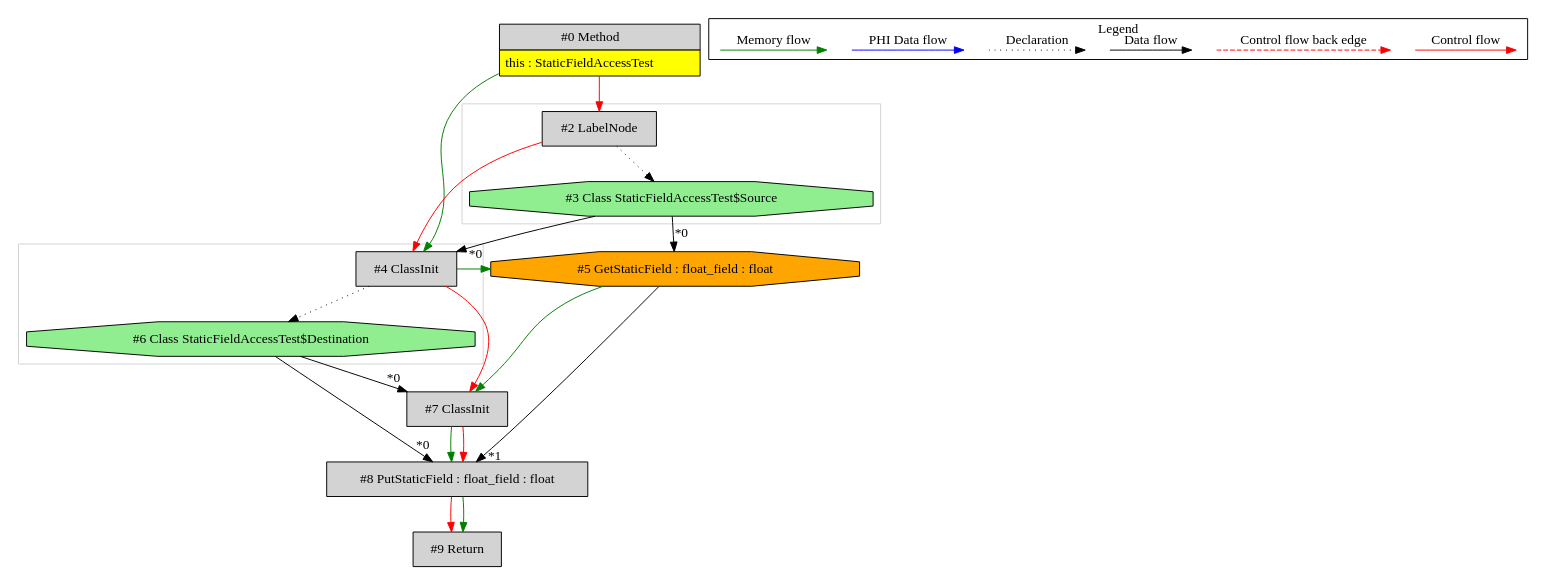
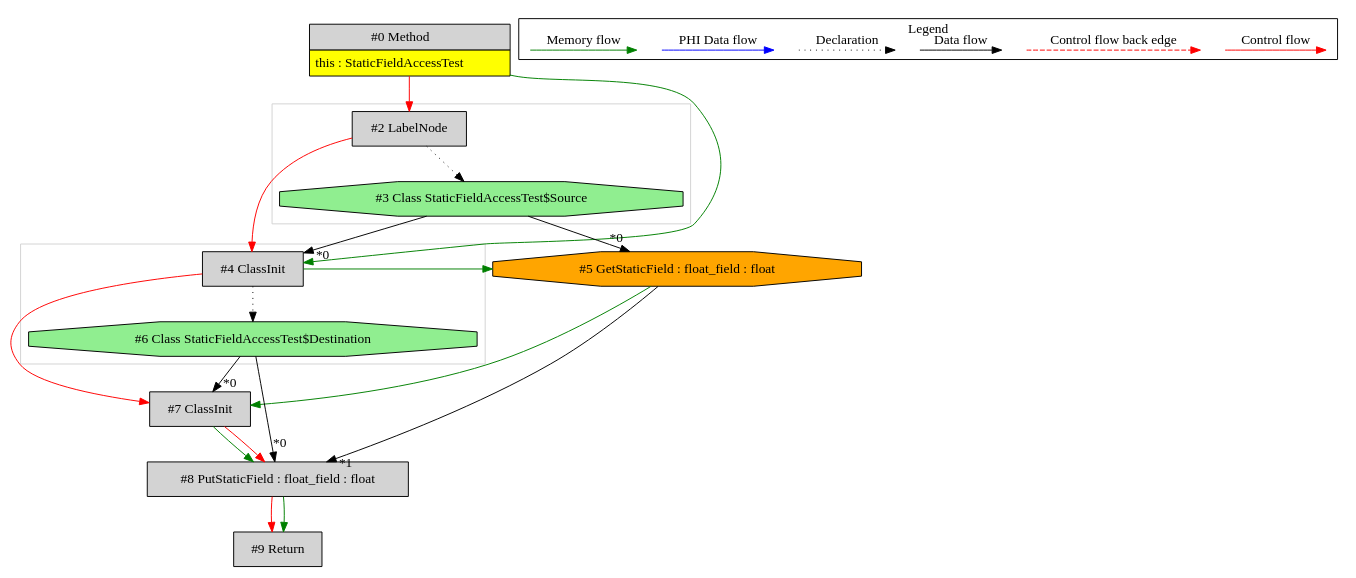
Before and after one commit to mirkosertic/MetaIR: the diagram in de.mirkosertic.metair.ir.examples.StaticFieldAccessTest/copy_float/ir.dot, drawn with Graphviz. The commit also changed other lines of this file and 510 other files, not shown here.

```diff
--- a/de.mirkosertic.metair.ir.examples.StaticFieldAccessTest/copy_float/ir.dot
+++ b/de.mirkosertic.metair.ir.examples.StaticFieldAccessTest/copy_float/ir.dot
@@ -1,65 +1,65 @@
 digraph {
  ordering="in";
  node0[margin="0", label=<<table border="0" cellborder="1" cellspacing="0" cellpadding="5"><tr><td colspan="1">#0 Method</td></tr><tr><td port="prj1" bgcolor="yellow">this : StaticFieldAccessTest</td></tr></table>>,shape=none, fillcolor=lightgrey, style=filled];
- node4[label="#4 ClassInit",shape=box, fillcolor=lightgrey, style=filled];
- node3 -> node4[headlabel="*0", labeldistance=2];
- node0 -> node4[labeldistance=2, color=green, constraint=false];
- node2 -> node4[labeldistance=2, color=red, fontcolor=red];
  node2[label="#2 LabelNode",shape=box, fillcolor=lightgrey, style=filled];
  node0 -> node2[labeldistance=2, color=red, fontcolor=red];
  node3[label="#3 Class StaticFieldAccessTest$Source",shape=octagon, fillcolor=lightgreen, style=filled];
  node2 -> node3[style=dotted];
  node5[label="#5 GetStaticField : float_field : float",shape=octagon, fillcolor=orange, style=filled];
  node3 -> node5[headlabel="*0", labeldistance=2];
  node4 -> node5[labeldistance=2, color=green, constraint=false];
- node7[label="#7 ClassInit",shape=box, fillcolor=lightgrey, style=filled];
- node6 -> node7[headlabel="*0", labeldistance=2];
- node5 -> node7[labeldistance=2, color=green, constraint=false];
- node4 -> node7[labeldistance=2, color=red, fontcolor=red];
+ node4[label="#4 ClassInit",shape=box, fillcolor=lightgrey, style=filled];
+ node3 -> node4[headlabel="*0", labeldistance=2];
+ node0 -> node4[labeldistance=2, color=green, constraint=false];
+ node2 -> node4[labeldistance=2, color=red, fontcolor=red];
  node6[label="#6 Class StaticFieldAccessTest$Destination",shape=octagon, fillcolor=lightgreen, style=filled];
  node4 -> node6[style=dotted];
  node8[label="#8 PutStaticField : float_field : float",shape=box, fillcolor=lightgrey, style=filled];
  node6 -> node8[headlabel="*0", labeldistance=2];
  node5 -> node8[headlabel="*1", labeldistance=2];
  node7 -> node8[labeldistance=2, color=green, constraint=false];
  node7 -> node8[labeldistance=2, color=red, fontcolor=red];
+ node7[label="#7 ClassInit",shape=box, fillcolor=lightgrey, style=filled];
+ node6 -> node7[headlabel="*0", labeldistance=2];
+ node5 -> node7[labeldistance=2, color=green, constraint=false];
+ node4 -> node7[labeldistance=2, color=red, fontcolor=red];
  node9[label="#9 Return",shape=box, fillcolor=lightgrey, style=filled];
  node8 -> node9[labeldistance=2, color=red, fontcolor=red];
  node8 -> node9[labeldistance=2, color=green, constraint=false];
  subgraph cluster_0 {
   color=lightgray;
-  node2;
-  node3;
+  node4;
+  node6;
  }
  subgraph cluster_1 {
   color=lightgray;
-  node4;
-  node6;
+  node2;
+  node3;
  }
  subgraph cluster_000 {
   label = "Legend";
   node [shape=point]
   {
    rank=same;
    c0 [style = invis];
    c1 [style = invis];
    c2 [style = invis];
    c3 [style = invis];
    d0 [style = invis];
    d1 [style = invis];
    d2 [style = invis];
    d3 [style = invis];
    d4 [style = invis];
    d5 [style = invis];
    d6 [style = invis];
    d7 [style = invis];
   }
   c0 -> c1 [label="Control flow", style=solid, color=red]
   c2 -> c3 [label="Control flow back edge", style=dashed, color=red]
   d0 -> d1 [label="Data flow"]
   d2 -> d3 [label="Declaration", style=dotted]
   d4 -> d5 [label="PHI Data flow", color=blue]
   d6 -> d7 [label="Memory flow", color=green]
  }
 
 }
```
